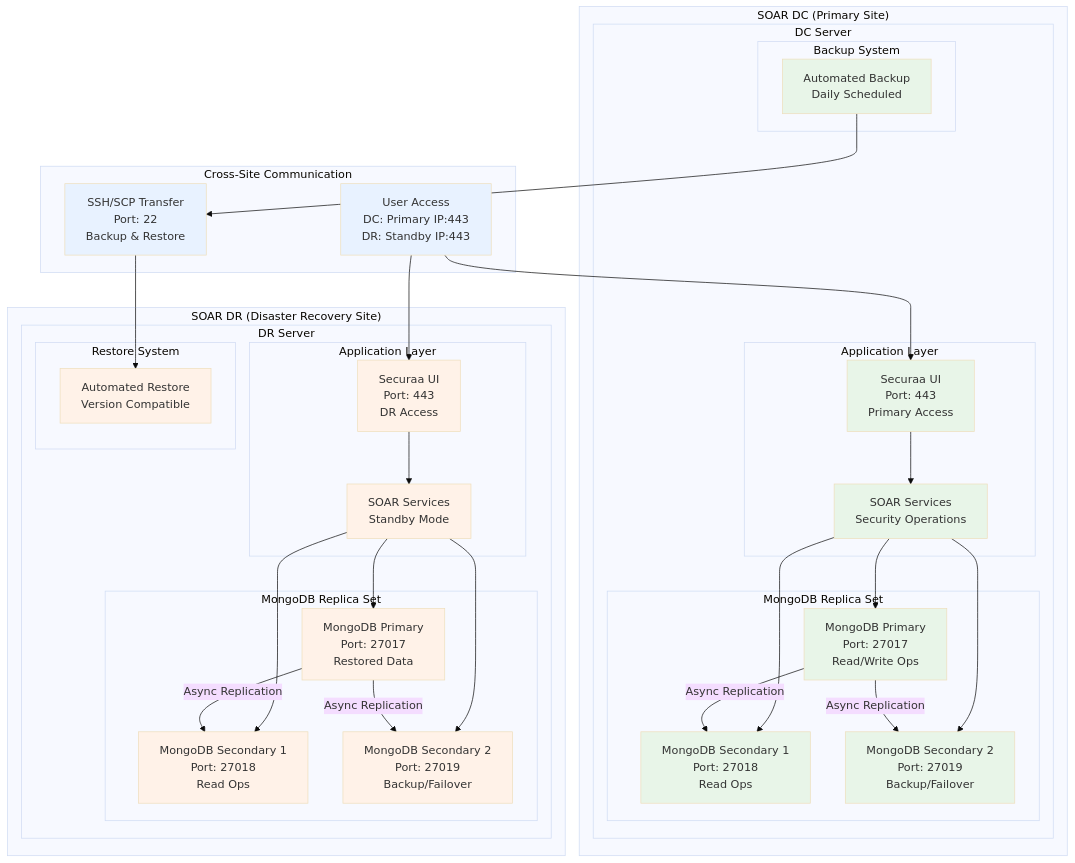
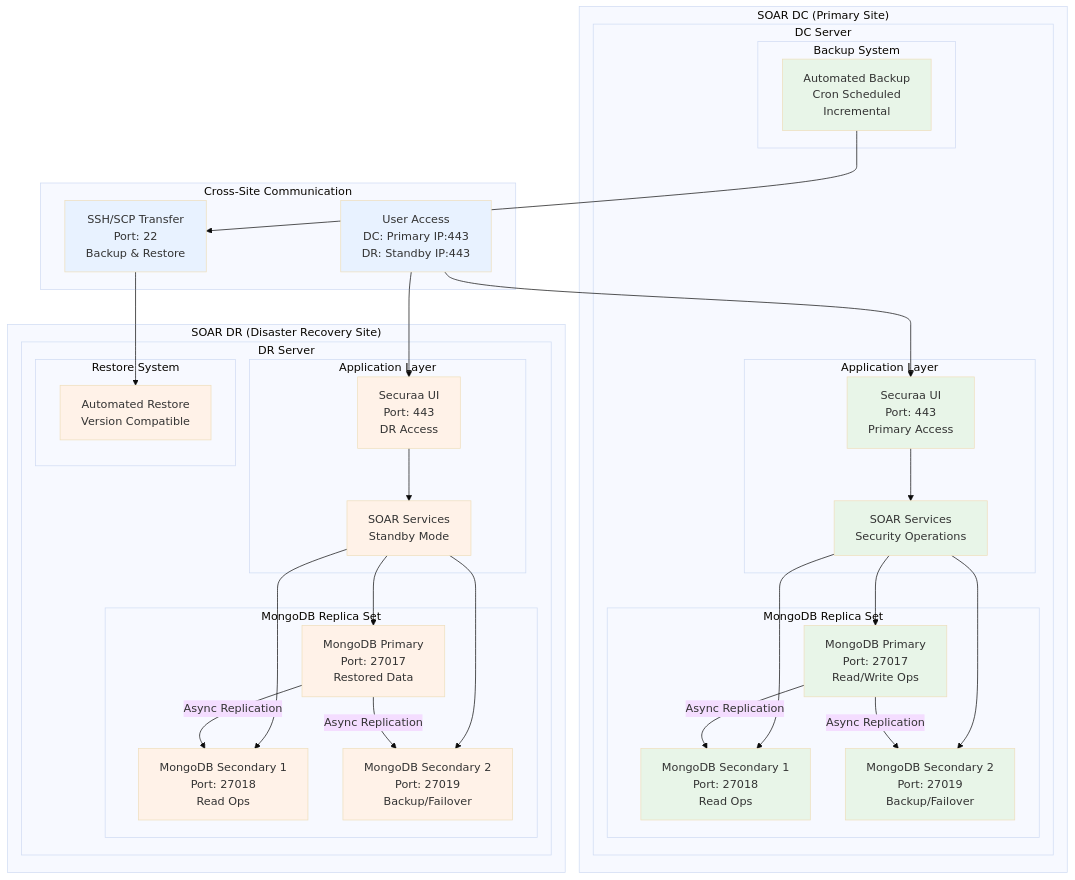
Before and after one commit to Vishwa0220/customers-docs: the first of 8 diagrams in HA_DR_Architecture_Documentation.md, drawn with Mermaid (base theme). The commit also changed other lines of this file, not shown here.

````diff
--- a/HA_DR_Architecture_Documentation.md
+++ b/HA_DR_Architecture_Documentation.md
@@ -30,82 +30,82 @@
 ```mermaid
 graph TB
     subgraph "SOAR DC (Primary Site)"
         subgraph "DC Server"
             subgraph "MongoDB Replica Set"
                 MONGO_P_DC[MongoDB Primary<br/>Port: 27017<br/>Read/Write Ops]
                 MONGO_S1_DC[MongoDB Secondary 1<br/>Port: 27018<br/>Read Ops]
                 MONGO_S2_DC[MongoDB Secondary 2<br/>Port: 27019<br/>Backup/Failover]
             end
             
             subgraph "Application Layer"
                 UI_DC[Securaa UI<br/>Port: 443<br/>Primary Access]
                 SERVICES_DC[SOAR Services<br/>Security Operations]
             end
             
             subgraph "Backup System"
-                BACKUP_DC[Automated Backup<br/>Daily Scheduled]
+                BACKUP_DC[Automated Backup<br/>Cron Scheduled<br/>Incremental]
             end
         end
     end
     
     subgraph "SOAR DR (Disaster Recovery Site)"
         subgraph "DR Server"
             subgraph "MongoDB Replica Set"
                 MONGO_P_DR[MongoDB Primary<br/>Port: 27017<br/>Restored Data]
                 MONGO_S1_DR[MongoDB Secondary 1<br/>Port: 27018<br/>Read Ops]
                 MONGO_S2_DR[MongoDB Secondary 2<br/>Port: 27019<br/>Backup/Failover]
             end
             
             subgraph "Application Layer"
                 UI_DR[Securaa UI<br/>Port: 443<br/>DR Access]
                 SERVICES_DR[SOAR Services<br/>Standby Mode]
             end
             
             subgraph "Restore System"
                 RESTORE_DR[Automated Restore<br/>Version Compatible]
             end
         end
     end
     
     subgraph "Cross-Site Communication"
         SYNC_SSH[SSH/SCP Transfer<br/>Port: 22<br/>Backup & Restore]
         USER_ACCESS[User Access<br/>DC: Primary IP:443<br/>DR: Standby IP:443]
     end
     
     %% DC Internal Connections
     UI_DC --> SERVICES_DC
     SERVICES_DC --> MONGO_P_DC
     SERVICES_DC --> MONGO_S1_DC
     SERVICES_DC --> MONGO_S2_DC
     
     %% DC Replica Set Replication
     MONGO_P_DC -->|Async Replication| MONGO_S1_DC
     MONGO_P_DC -->|Async Replication| MONGO_S2_DC
     
     %% DR Internal Connections
     UI_DR --> SERVICES_DR
     SERVICES_DR --> MONGO_P_DR
     SERVICES_DR --> MONGO_S1_DR
     SERVICES_DR --> MONGO_S2_DR
     
     %% DR Replica Set Replication
     MONGO_P_DR -->|Async Replication| MONGO_S1_DR
     MONGO_P_DR -->|Async Replication| MONGO_S2_DR
     
     %% Cross-Site Backup/Restore
     BACKUP_DC --> SYNC_SSH
     SYNC_SSH --> RESTORE_DR
     
     %% User Access
     USER_ACCESS --> UI_DC
     USER_ACCESS --> UI_DR
     
     %% Styling
     classDef dcSite fill:#e8f5e8
     classDef drSite fill:#fff2e8
     classDef communication fill:#e8f2ff
     
     class MONGO_P_DC,MONGO_S1_DC,MONGO_S2_DC,UI_DC,SERVICES_DC,BACKUP_DC dcSite
     class MONGO_P_DR,MONGO_S1_DR,MONGO_S2_DR,UI_DR,SERVICES_DR,RESTORE_DR drSite
     class SYNC_SSH,USER_ACCESS communication
 ```
````
